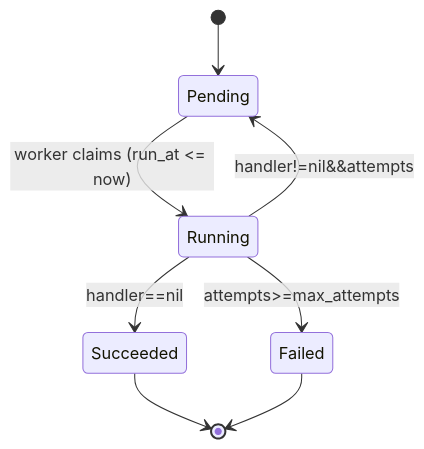
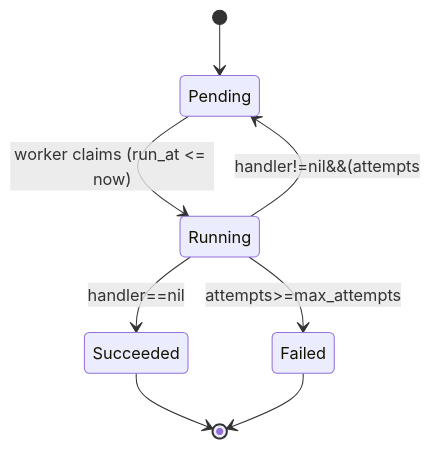
Before and after one commit to CL0UD6LOCK/kiln: the diagram in README.md, drawn with Mermaid.

````diff
--- a/README.md
+++ b/README.md
@@ -29,10 +29,10 @@
 ```mermaid
 stateDiagram-v2
     [*] --> Pending
     Pending --> Running: worker claims (run_at <= now)
     Running --> Succeeded: handler==nil
-    Running --> Pending: handler!=nil&&attempts<max_attempts
+    Running --> Pending: handler!=nil&&(attempts<max_attempts)
     Running --> Failed: attempts>=max_attempts
     Succeeded --> [*]
     Failed -->[*]
 ```
````
